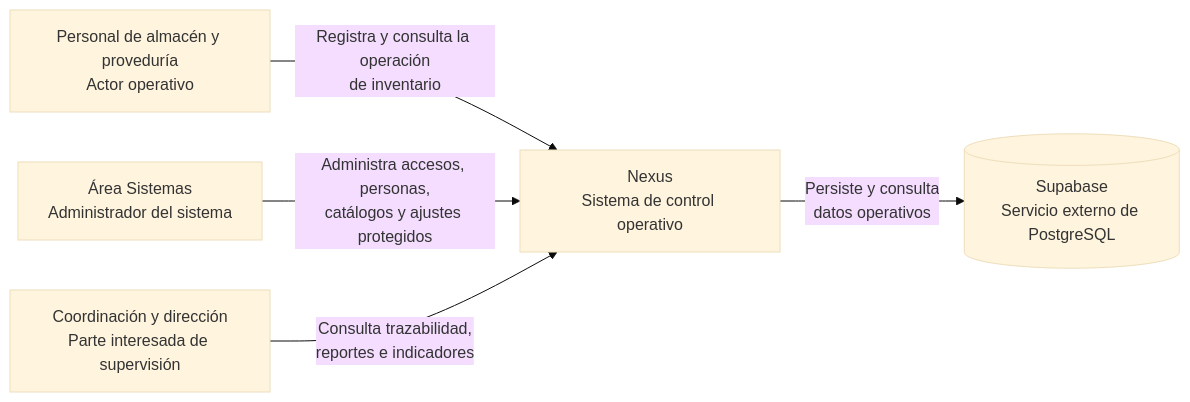
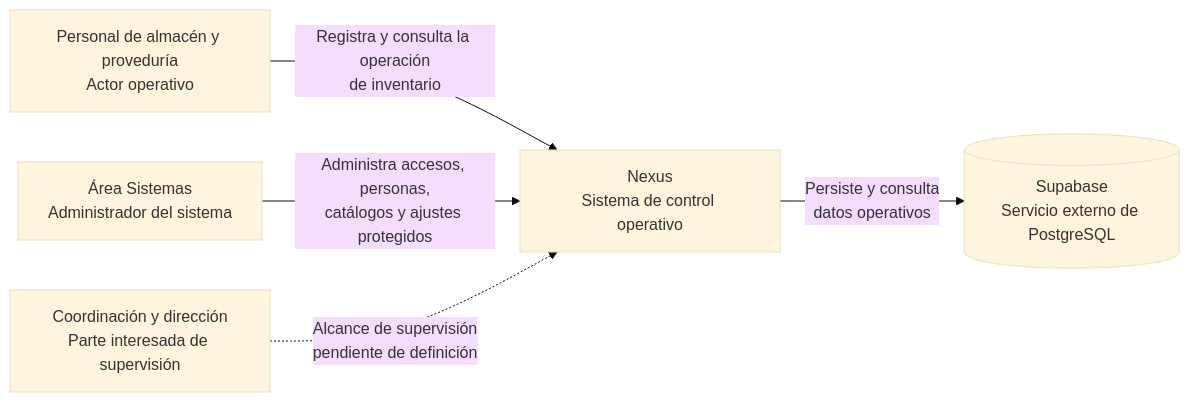
The first of 4 diagrams in docs/architecture/views/physical/01-system-runtime-and-deployment.md (gpgsistemas01/nexus), drawn with Mermaid (base theme) before and after one commit. The commit also changed other lines of this file and 198 other files, not shown here.

Commit message:
docs: mejorar notación UML y distribución de diagramas Mermaid

````diff
--- a/docs/architecture/views/physical/01-system-runtime-and-deployment.md
+++ b/docs/architecture/views/physical/01-system-runtime-and-deployment.md
@@ -12,13 +12,13 @@
 ```mermaid
 flowchart LR
     warehouse["Personal de almacén y proveduría<br/>Actor operativo"]
     systems["Área Sistemas<br/>Administrador del sistema"]
     management["Coordinación y dirección<br/>Parte interesada de supervisión"]
     nexus["Nexus<br/>Sistema de control operativo"]
     supabase[("Supabase<br/>Servicio externo de PostgreSQL")]
 
     warehouse -->|"Registra y consulta la operación<br/>de inventario"| nexus
     systems -->|"Administra accesos, personas,<br/>catálogos y ajustes protegidos"| nexus
-    management -->|"Consulta trazabilidad,<br/>reportes e indicadores"| nexus
+    management -.->|"Alcance de supervisión<br/>pendiente de definición"| nexus
     nexus -->|"Persiste y consulta<br/>datos operativos"| supabase
 ```
````
